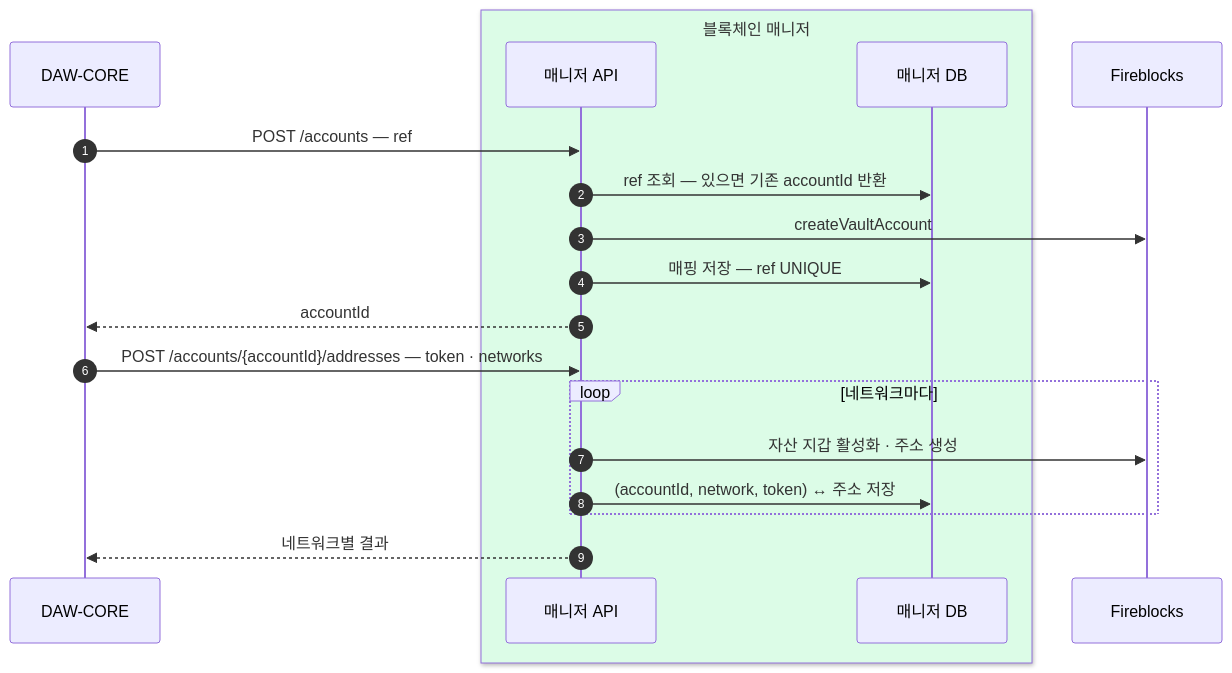
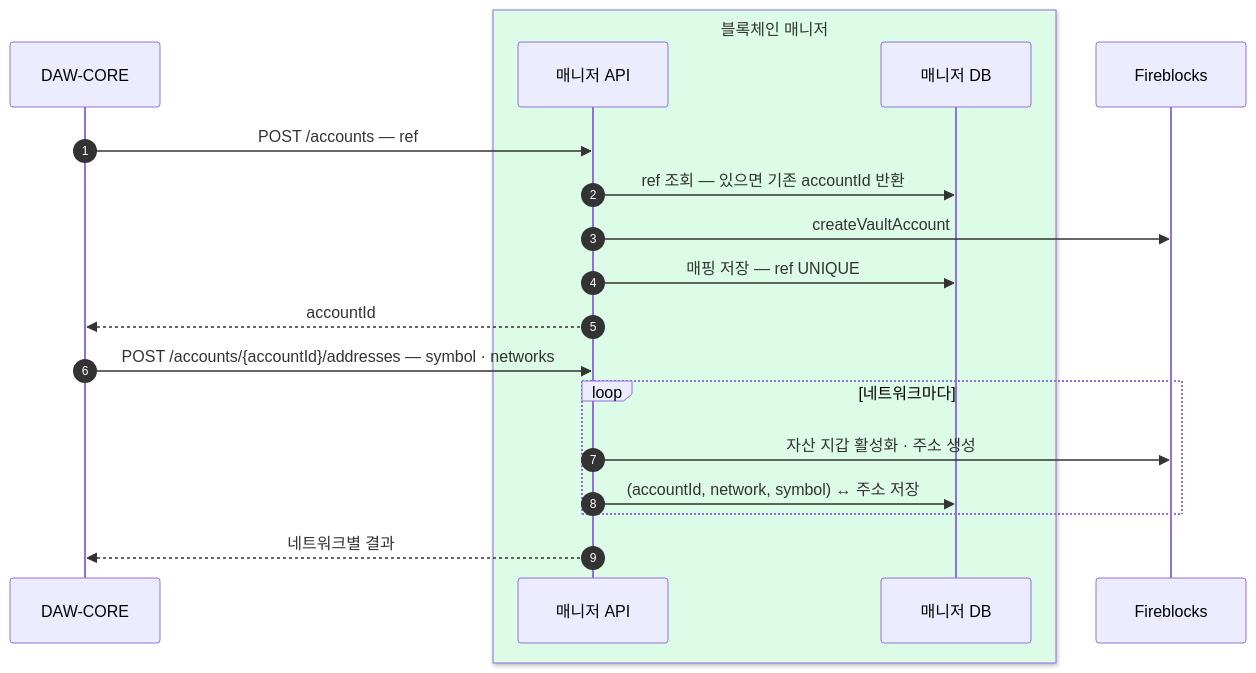
The first of 6 diagrams in blockchain-manager/docs/BC/설계/02-bcm-flow.md (eunsujeo/eunpus), drawn with Mermaid before and after one commit. The commit also changed other lines of this file and 16 other files, not shown here.

First line of the commit message:
자산 필드 이름을 symbol 로 통일 — token 은 뜻이 셋이라 못 쓴다 (0.3.0)

````diff
--- a/blockchain-manager/docs/BC/설계/02-bcm-flow.md
+++ b/blockchain-manager/docs/BC/설계/02-bcm-flow.md
@@ -19,22 +19,22 @@
 ```mermaid
 sequenceDiagram
     autonumber
     participant BE as DAW-CORE
     box rgb(220,252,231) 블록체인 매니저
     participant BM as 매니저 API
     participant MDB as 매니저 DB
     end
     participant FB as Fireblocks
 
     BE->>BM: POST /accounts — ref
     BM->>MDB: ref 조회 — 있으면 기존 accountId 반환
     BM->>FB: createVaultAccount
     BM->>MDB: 매핑 저장 — ref UNIQUE
     BM-->>BE: accountId
-    BE->>BM: POST /accounts/{accountId}/addresses — token · networks
+    BE->>BM: POST /accounts/{accountId}/addresses — symbol · networks
     loop 네트워크마다
         BM->>FB: 자산 지갑 활성화 · 주소 생성
-        BM->>MDB: (accountId, network, token) ↔ 주소 저장
+        BM->>MDB: (accountId, network, symbol) ↔ 주소 저장
     end
     BM-->>BE: 네트워크별 결과
 ```
````
